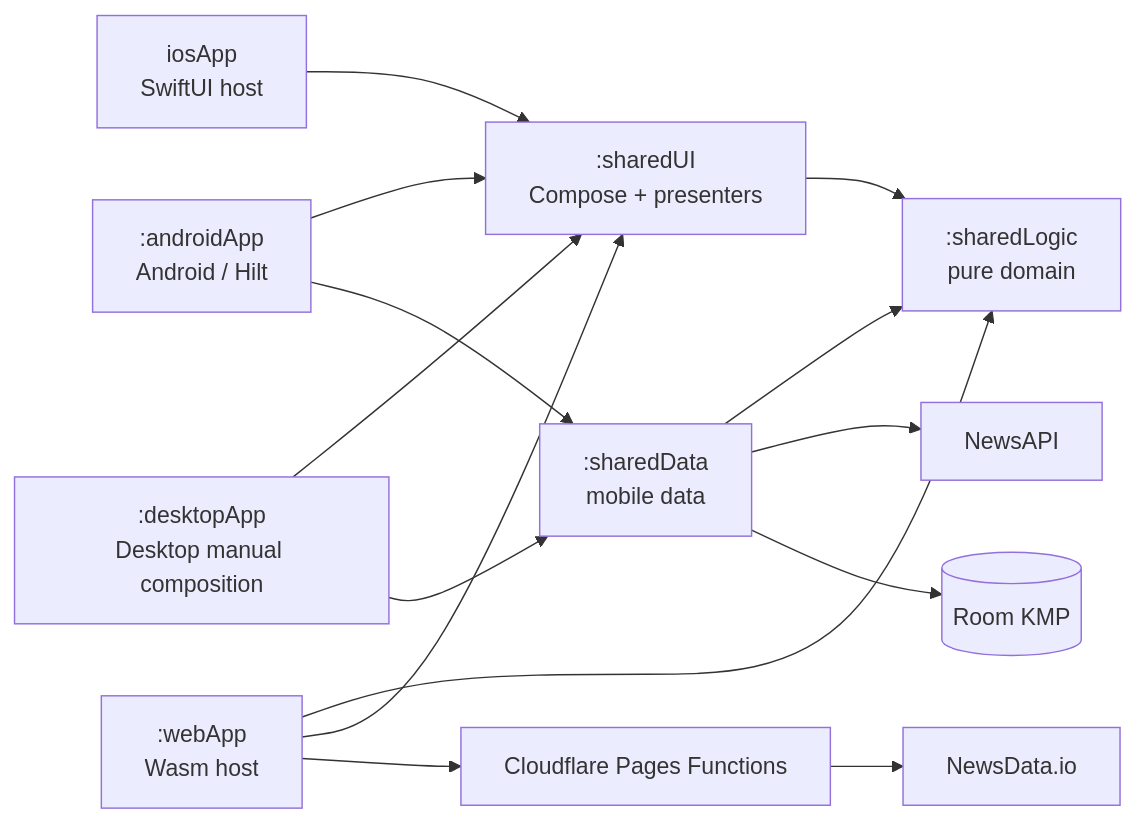
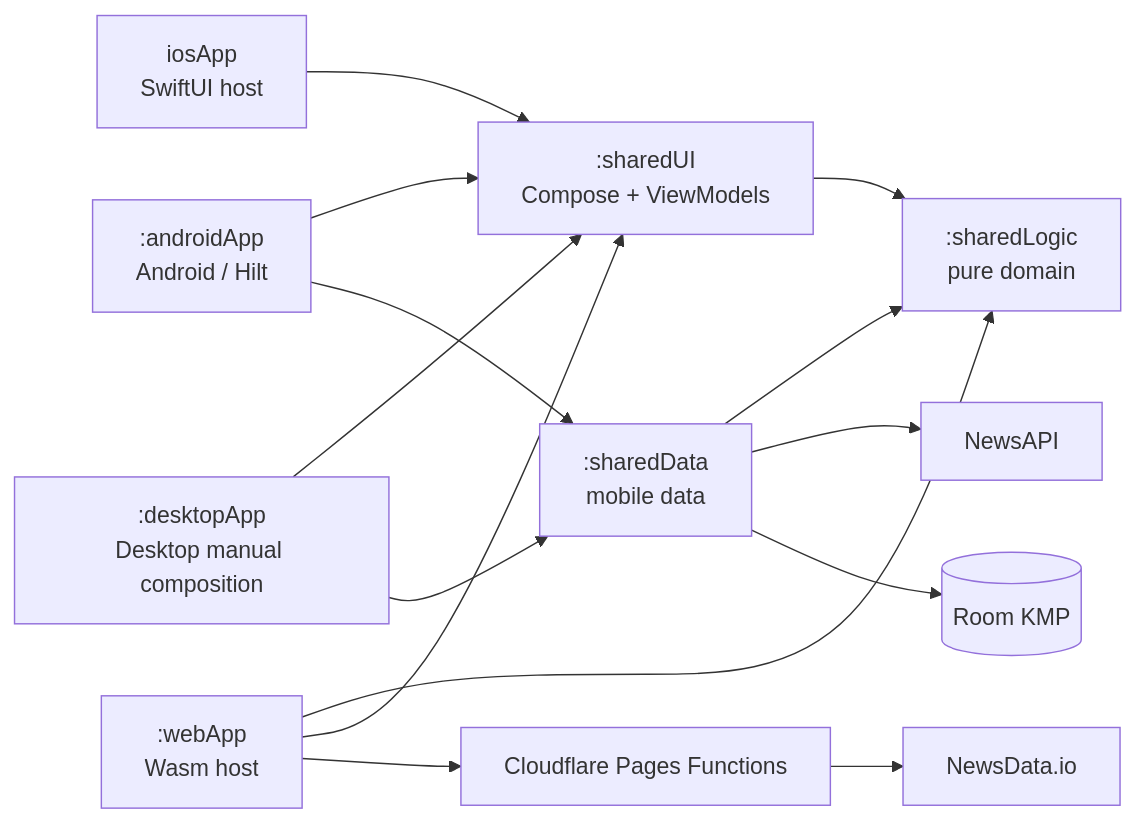
Before and after one commit to recipesforsoftware-pl/signalbrief: the diagram in docs/ARCHITECTURE.md, drawn with Mermaid. The commit also changed other lines of this file and 4 other files, not shown here.

First line of the commit message:
docs: refresh architecture and repository layout (#66)

````diff
--- a/docs/ARCHITECTURE.md
+++ b/docs/ARCHITECTURE.md
@@ -55,31 +56,31 @@
 ```mermaid
 flowchart LR
     core[":sharedLogic<br/>pure domain"]
     shared[":sharedData<br/>mobile data"]
-    sharedui[":sharedUI<br/>Compose + presenters"]
+    sharedui[":sharedUI<br/>Compose + ViewModels"]
     androidApp[":androidApp<br/>Android / Hilt"]
     ios["iosApp<br/>SwiftUI host"]
     desktop[":desktopApp<br/>Desktop manual composition"]
     web[":webApp<br/>Wasm host"]
     pages["Cloudflare Pages Functions"]
     newsapi["NewsAPI"]
     newsdata["NewsData.io"]
     room[("Room KMP")]
 
     shared --> core
     sharedui --> core
 
     androidApp --> sharedui
     androidApp --> shared
 
     ios --> sharedui
     desktop --> sharedui
     desktop --> shared
     shared --> newsapi
     shared --> room
 
     web --> core
     web --> sharedui
     web --> pages
     pages --> newsdata
 ```
````
